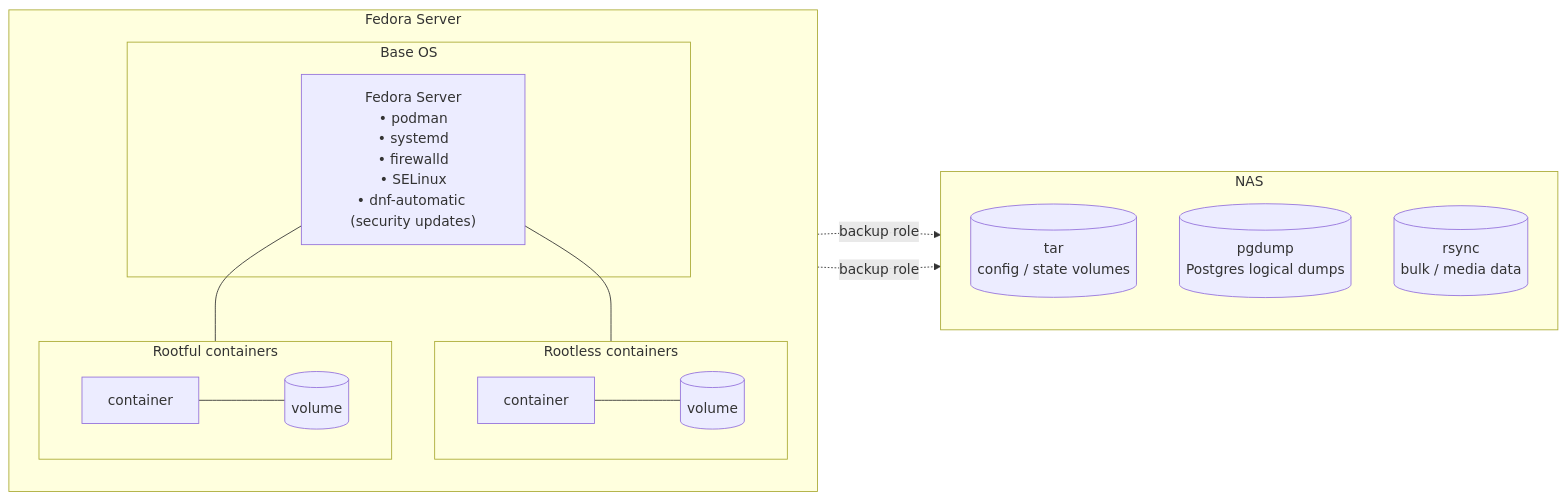
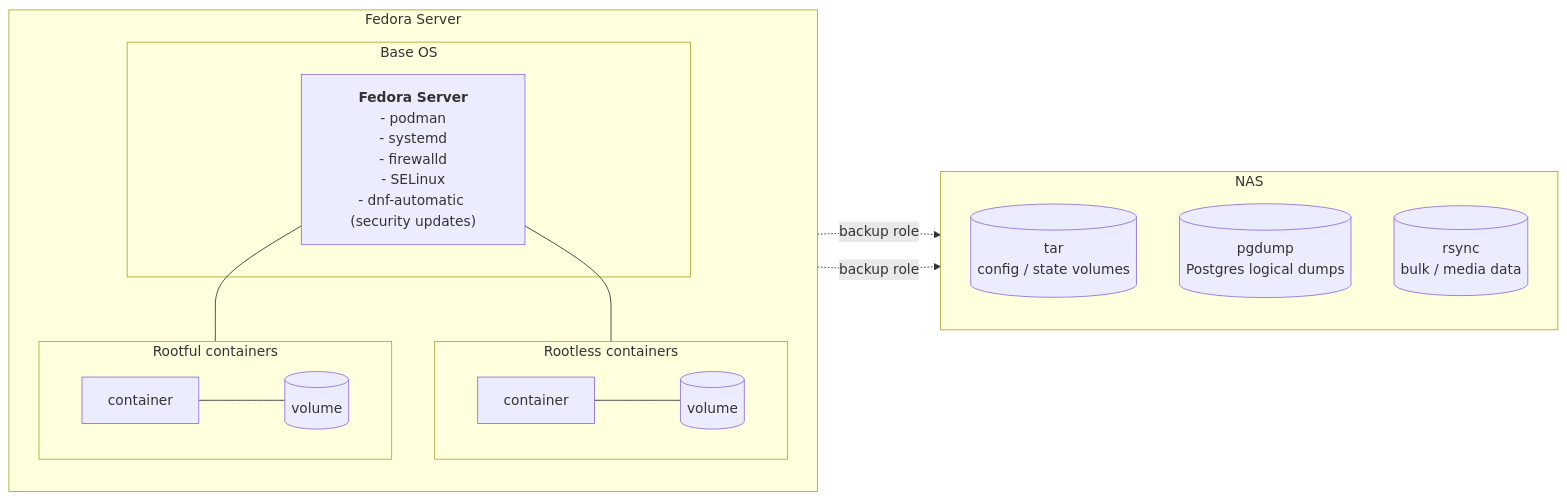
Before and after one commit to luckynrslevin/home-server: the diagram in README.md, drawn with Mermaid.

Commit message:
docs(readme): left-align base OS list via markdown string

````diff
--- a/README.md
+++ b/README.md
@@ -111,33 +111,38 @@
 ```mermaid
 graph LR
     subgraph HOST["Fedora Server"]
         direction TB
 
         subgraph ROOTFUL["Rootful containers"]
             direction LR
             RFC["container"] --- RFV[("volume")]
         end
 
         subgraph ROOTLESS["Rootless containers"]
             direction LR
             RLC["container"] --- RLV[("volume")]
         end
 
         subgraph OS["Base OS"]
-            KERNEL["Fedora Server<br/>• podman<br/>• systemd<br/>• firewalld<br/>• SELinux<br/>• dnf-automatic (security updates)"]
+            KERNEL["`**Fedora Server**
+            - podman
+            - systemd
+            - firewalld
+            - SELinux
+            - dnf-automatic (security updates)`"]
         end
 
         KERNEL --- ROOTFUL
         KERNEL --- ROOTLESS
     end
 
     subgraph NAS["NAS"]
         direction TB
         TAR[("tar<br/>config / state volumes")]
         PGD[("pgdump<br/>Postgres logical dumps")]
         RSY[("rsync<br/>bulk / media data")]
     end
 
     ROOTFUL -. "backup role" .-> NAS
     ROOTLESS -. "backup role" .-> NAS
 ```
````
